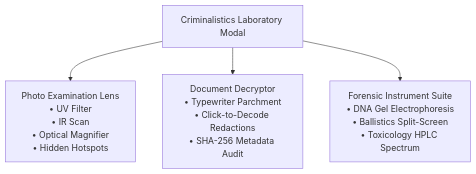
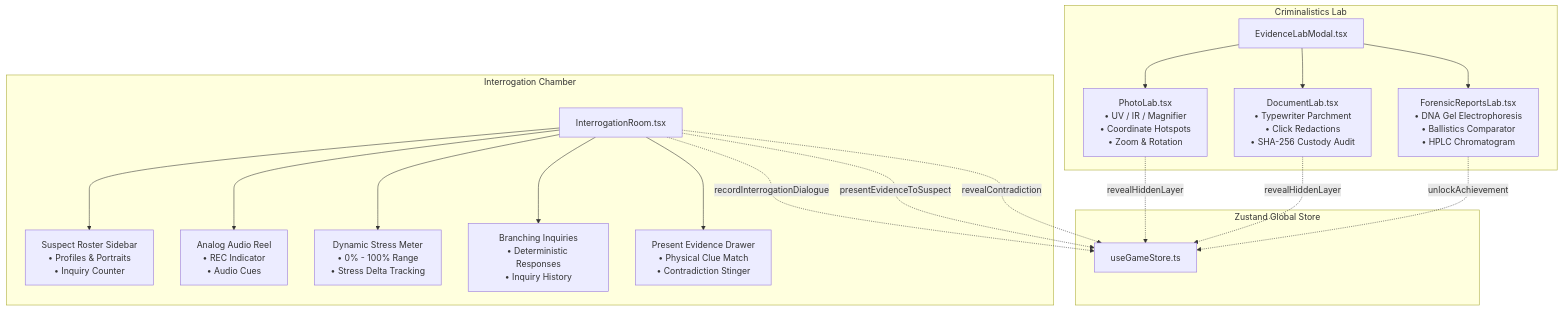
One commit to SidSem/casefile changed the diagram in docs/day-4.md. Above: the diagram before and after it, drawn with Mermaid. The commit also changed other lines of this file and 2 other files, not shown here.

Commit message:
Day 4: Criminalistics forensic lab and suspect interrogation chamber

````diff
--- a/docs/day-4.md
+++ b/docs/day-4.md
@@ -32,7 +39,28 @@
 ```mermaid
 graph TD
-    Lab["Criminalistics Laboratory Modal"]
-    Lab --> Photo["Photo Examination Lens<br/>• UV Filter<br/>• IR Scan<br/>• Optical Magnifier<br/>• Hidden Hotspots"]
-    Lab --> Doc["Document Decryptor<br/>• Typewriter Parchment<br/>• Click-to-Decode Redactions<br/>• SHA-256 Metadata Audit"]
-    Lab --> Reports["Forensic Instrument Suite<br/>• DNA Gel Electrophoresis<br/>• Ballistics Split-Screen<br/>• Toxicology HPLC Spectrum"]
+    subgraph "Criminalistics Lab"
+        LabModal["EvidenceLabModal.tsx"]
+        LabModal --> PhotoLab["PhotoLab.tsx<br/>• UV / IR / Magnifier<br/>• Coordinate Hotspots<br/>• Zoom & Rotation"]
+        LabModal --> DocLab["DocumentLab.tsx<br/>• Typewriter Parchment<br/>• Click Redactions<br/>• SHA-256 Custody Audit"]
+        LabModal --> ForensicLab["ForensicReportsLab.tsx<br/>• DNA Gel Electrophoresis<br/>• Ballistics Comparator<br/>• HPLC Chromatogram"]
+    end
+
+    subgraph "Interrogation Chamber"
+        Interrogation["InterrogationRoom.tsx"]
+        Interrogation --> SuspectRoster["Suspect Roster Sidebar<br/>• Profiles & Portraits<br/>• Inquiry Counter"]
+        Interrogation --> TapeReel["Analog Audio Reel<br/>• REC Indicator<br/>• Audio Cues"]
+        Interrogation --> StressMeter["Dynamic Stress Meter<br/>• 0% - 100% Range<br/>• Stress Delta Tracking"]
+        Interrogation --> DialogueTree["Branching Inquiries<br/>• Deterministic Responses<br/>• Inquiry History"]
+        Interrogation --> EvidenceConfront["Present Evidence Drawer<br/>• Physical Clue Match<br/>• Contradiction Stinger"]
+    end
+
+    subgraph "Zustand Global Store"
+        Store["useGameStore.ts"]
+        PhotoLab -.->|revealHiddenLayer| Store
+        DocLab -.->|revealHiddenLayer| Store
+        ForensicLab -.->|unlockAchievement| Store
+        Interrogation -.->|recordInterrogationDialogue| Store
+        Interrogation -.->|presentEvidenceToSuspect| Store
+        Interrogation -.->|revealContradiction| Store
+    end
 ```
````
